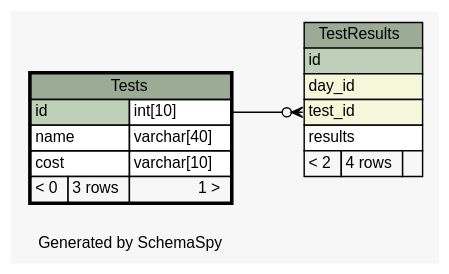
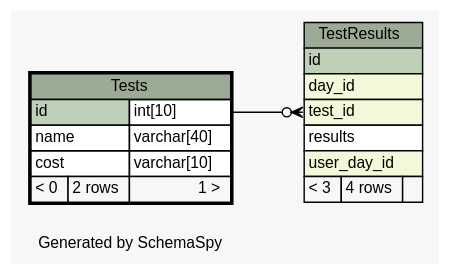
The diagram in web/files/schema/diagrams/Tests.1degree.dot (carrel2/CaseStudies), drawn with Graphviz before and after one commit. The commit also changed 88 other files, not shown here.

```diff
--- a/web/files/schema/diagrams/Tests.1degree.dot
+++ b/web/files/schema/diagrams/Tests.1degree.dot
@@ -1,48 +1,49 @@
-// dot 2.38.0 on Linux 4.4.0-62-generic
+// dot 2.38.0 on Linux 4.4.0-64-generic
 // SchemaSpy rev 590
 digraph "oneDegreeRelationshipsDiagram" {
   graph [
     rankdir="RL"
     bgcolor="#f7f7f7"
     label="\nGenerated by SchemaSpy"
     labeljust="l"
     nodesep="0.18"
     ranksep="0.46"
     fontname="Helvetica"
     fontsize="11"
   ];
   node [
     fontname="Helvetica"
     fontsize="11"
     shape="plaintext"
   ];
   edge [
     arrowsize="0.8"
   ];
   "TestResults":"test_id":w -> "Tests":"id.type":e [arrowhead=none dir=back arrowtail=crowodot];
   "TestResults" [
     label=<
     <TABLE BORDER="0" CELLBORDER="1" CELLSPACING="0" BGCOLOR="#ffffff">
       <TR><TD COLSPAN="3" BGCOLOR="#9bab96" ALIGN="CENTER">TestResults</TD></TR>
       <TR><TD PORT="id" COLSPAN="3" BGCOLOR="#bed1b8" ALIGN="LEFT">id</TD></TR>
       <TR><TD PORT="day_id" COLSPAN="3" BGCOLOR="#f4f7da" ALIGN="LEFT">day_id</TD></TR>
       <TR><TD PORT="test_id" COLSPAN="3" BGCOLOR="#f4f7da" ALIGN="LEFT">test_id</TD></TR>
       <TR><TD PORT="results" COLSPAN="3" ALIGN="LEFT">results</TD></TR>
-      <TR><TD ALIGN="LEFT" BGCOLOR="#f7f7f7">&lt; 2</TD><TD ALIGN="RIGHT" BGCOLOR="#f7f7f7">4 rows</TD><TD ALIGN="RIGHT" BGCOLOR="#f7f7f7">  </TD></TR>
+      <TR><TD PORT="user_day_id" COLSPAN="3" BGCOLOR="#f4f7da" ALIGN="LEFT">user_day_id</TD></TR>
+      <TR><TD ALIGN="LEFT" BGCOLOR="#f7f7f7">&lt; 3</TD><TD ALIGN="RIGHT" BGCOLOR="#f7f7f7">4 rows</TD><TD ALIGN="RIGHT" BGCOLOR="#f7f7f7">  </TD></TR>
     </TABLE>>
     URL="TestResults.html"
     tooltip="TestResults"
   ];
   "Tests" [
     label=<
     <TABLE BORDER="2" CELLBORDER="1" CELLSPACING="0" BGCOLOR="#ffffff">
       <TR><TD COLSPAN="3" BGCOLOR="#9bab96" ALIGN="CENTER">Tests</TD></TR>
       <TR><TD PORT="id" COLSPAN="2" BGCOLOR="#bed1b8" ALIGN="LEFT">id</TD><TD PORT="id.type" ALIGN="LEFT">int[10]</TD></TR>
       <TR><TD PORT="name" COLSPAN="2" ALIGN="LEFT">name</TD><TD PORT="name.type" ALIGN="LEFT">varchar[40]</TD></TR>
       <TR><TD PORT="cost" COLSPAN="2" ALIGN="LEFT">cost</TD><TD PORT="cost.type" ALIGN="LEFT">varchar[10]</TD></TR>
-      <TR><TD ALIGN="LEFT" BGCOLOR="#f7f7f7">&lt; 0</TD><TD ALIGN="RIGHT" BGCOLOR="#f7f7f7">3 rows</TD><TD ALIGN="RIGHT" BGCOLOR="#f7f7f7">1 &gt;</TD></TR>
+      <TR><TD ALIGN="LEFT" BGCOLOR="#f7f7f7">&lt; 0</TD><TD ALIGN="RIGHT" BGCOLOR="#f7f7f7">2 rows</TD><TD ALIGN="RIGHT" BGCOLOR="#f7f7f7">1 &gt;</TD></TR>
     </TABLE>>
     URL="Tests.html"
     tooltip="Tests"
   ];
 }
```
